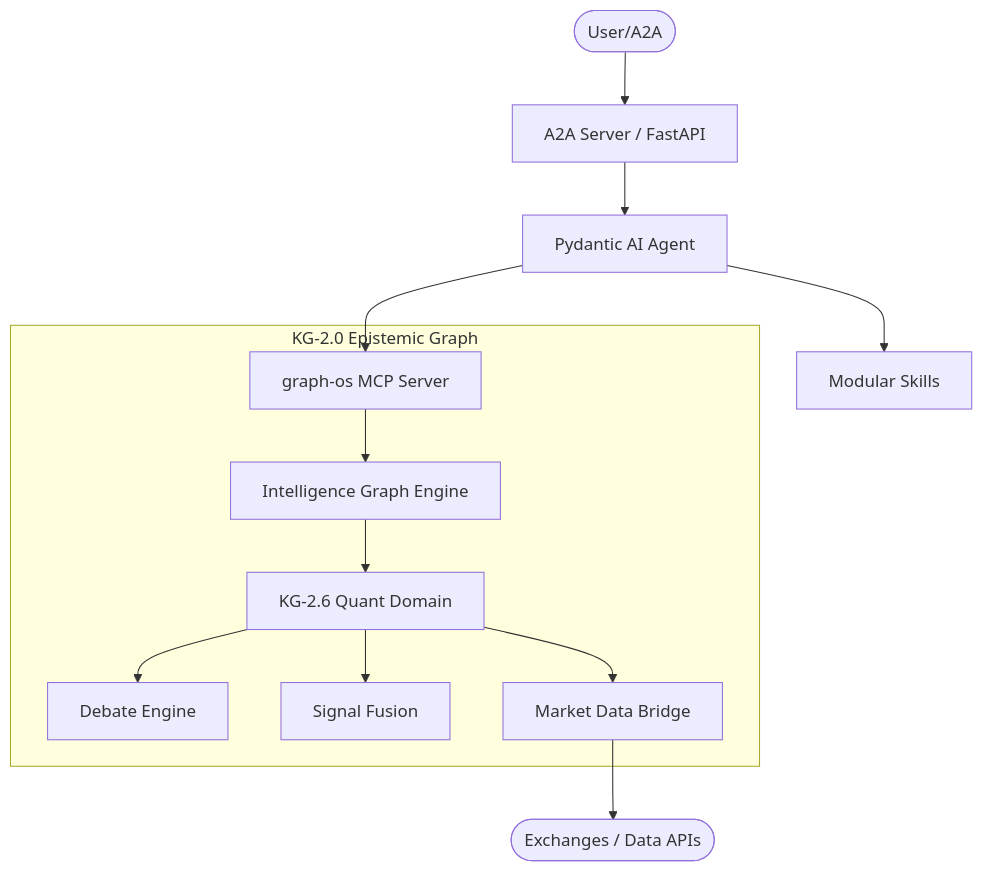
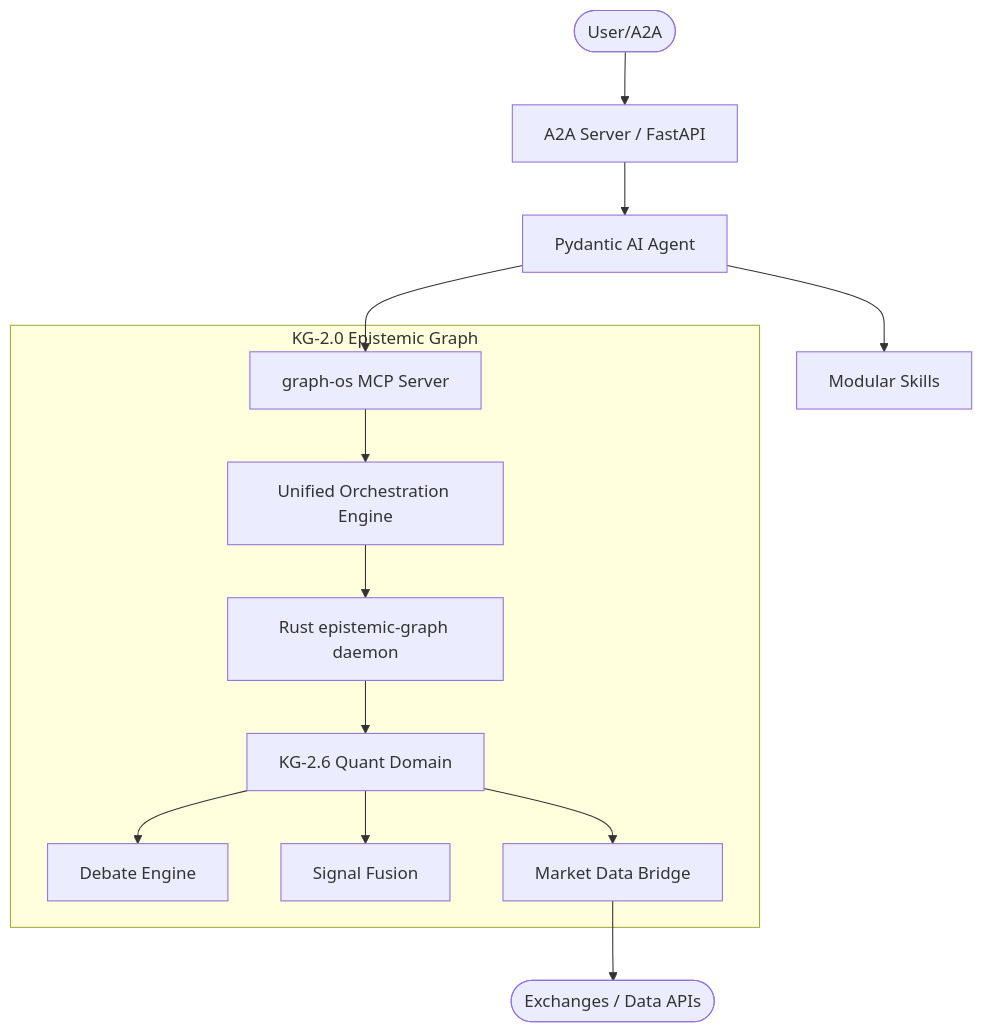
Before and after one commit to Knuckles-Team/agent-utilities: the first of 2 diagrams in AGENTS.md, drawn with Mermaid. The commit also changed other lines of this file and 218 other files, not shown here.

````diff
--- a/AGENTS.md
+++ b/AGENTS.md
@@ -14,17 +14,18 @@
 ```mermaid
 graph TD
     User([User/A2A]) --> Server[A2A Server / FastAPI]
     Server --> Agent[Pydantic AI Agent]
     Agent --> Skills[Modular Skills]
     Agent --> MCP[graph-os MCP Server]
 
     subgraph Knowledge Graph [KG-2.0 Epistemic Graph]
-        MCP --> Core[Intelligence Graph Engine]
-        Core --> Quant[KG-2.6 Quant Domain]
+        MCP --> Core[Unified Orchestration Engine]
+        Core --> EpistemicGraph[Rust epistemic-graph daemon]
+        EpistemicGraph --> Quant[KG-2.6 Quant Domain]
         Quant --> Debate[Debate Engine]
         Quant --> Fusion[Signal Fusion]
         Quant --> Market[Market Data Bridge]
     end
 
     Market --> ExternalAPI([Exchanges / Data APIs])
 ```
````
